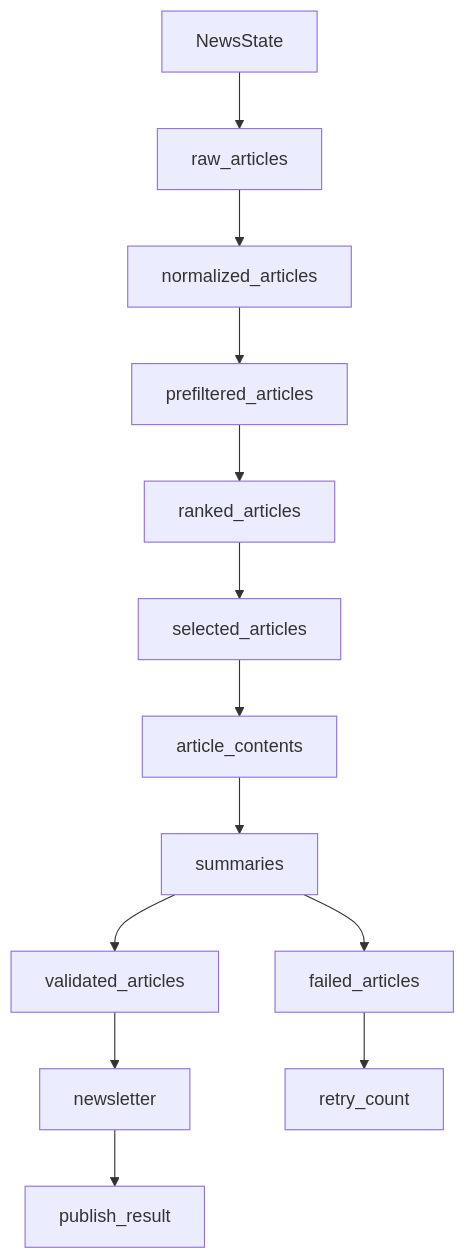
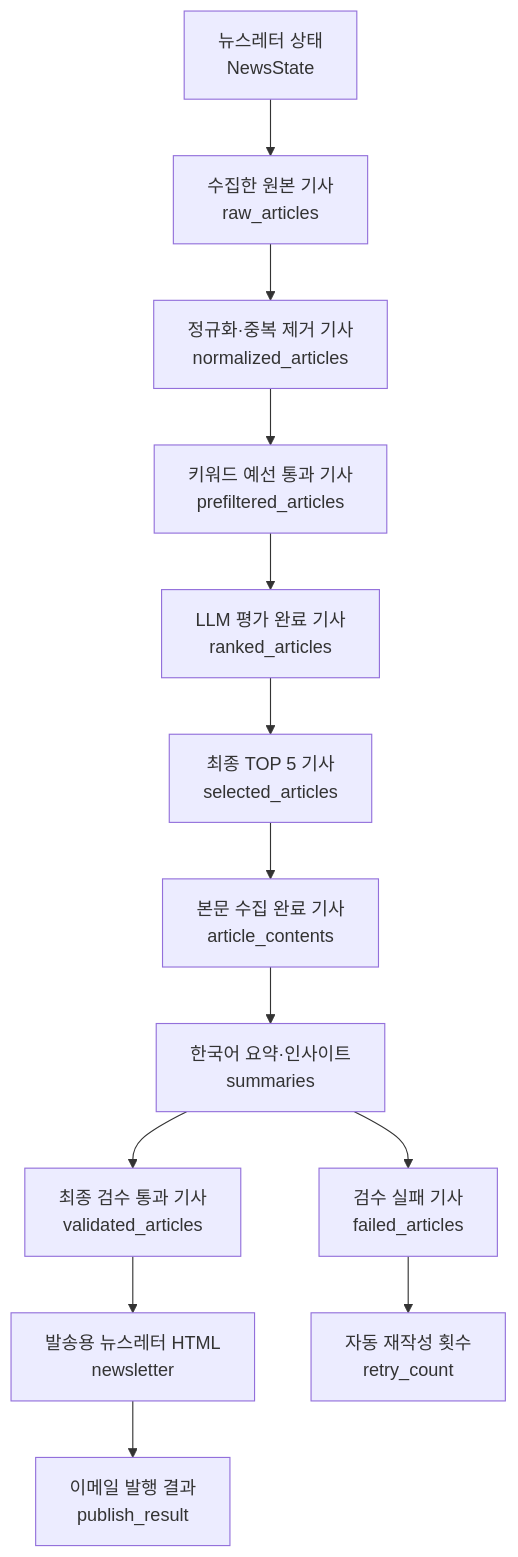
The second of 2 diagrams in REPORT.md (hera93939393-ctrl/my-ai-work-radar), drawn with Mermaid before and after one commit.

Commit message:
Translate report state diagram labels

````diff
--- a/REPORT.md
+++ b/REPORT.md
@@ -144,16 +144,16 @@
 ```mermaid
 flowchart TB
-    NS[NewsState]
-    NS --> A[raw_articles]
-    A --> B[normalized_articles]
-    B --> C[prefiltered_articles]
-    C --> D[ranked_articles]
-    D --> E[selected_articles]
-    E --> F[article_contents]
-    F --> G[summaries]
-    G --> H[validated_articles]
-    G --> I[failed_articles]
-    H --> J[newsletter]
-    I --> K[retry_count]
-    J --> L[publish_result]
+    NS[뉴스레터 상태<br/>NewsState]
+    NS --> A[수집한 원본 기사<br/>raw_articles]
+    A --> B[정규화·중복 제거 기사<br/>normalized_articles]
+    B --> C[키워드 예선 통과 기사<br/>prefiltered_articles]
+    C --> D[LLM 평가 완료 기사<br/>ranked_articles]
+    D --> E[최종 TOP 5 기사<br/>selected_articles]
+    E --> F[본문 수집 완료 기사<br/>article_contents]
+    F --> G[한국어 요약·인사이트<br/>summaries]
+    G --> H[최종 검수 통과 기사<br/>validated_articles]
+    G --> I[검수 실패 기사<br/>failed_articles]
+    H --> J[발송용 뉴스레터 HTML<br/>newsletter]
+    I --> K[자동 재작성 횟수<br/>retry_count]
+    J --> L[이메일 발행 결과<br/>publish_result]
 ```
````
